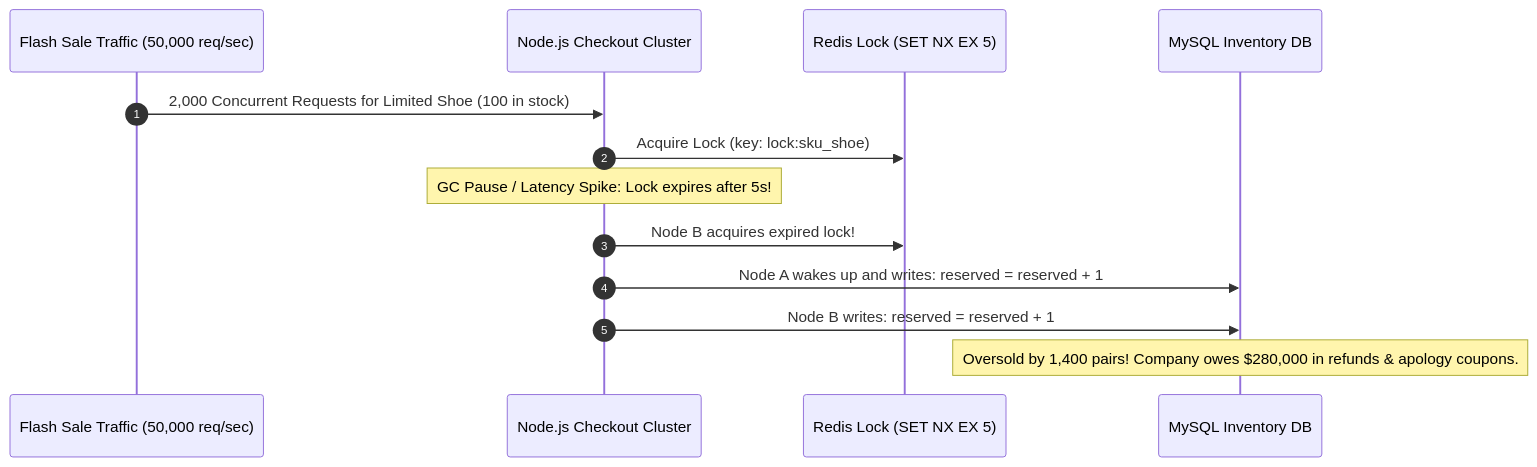
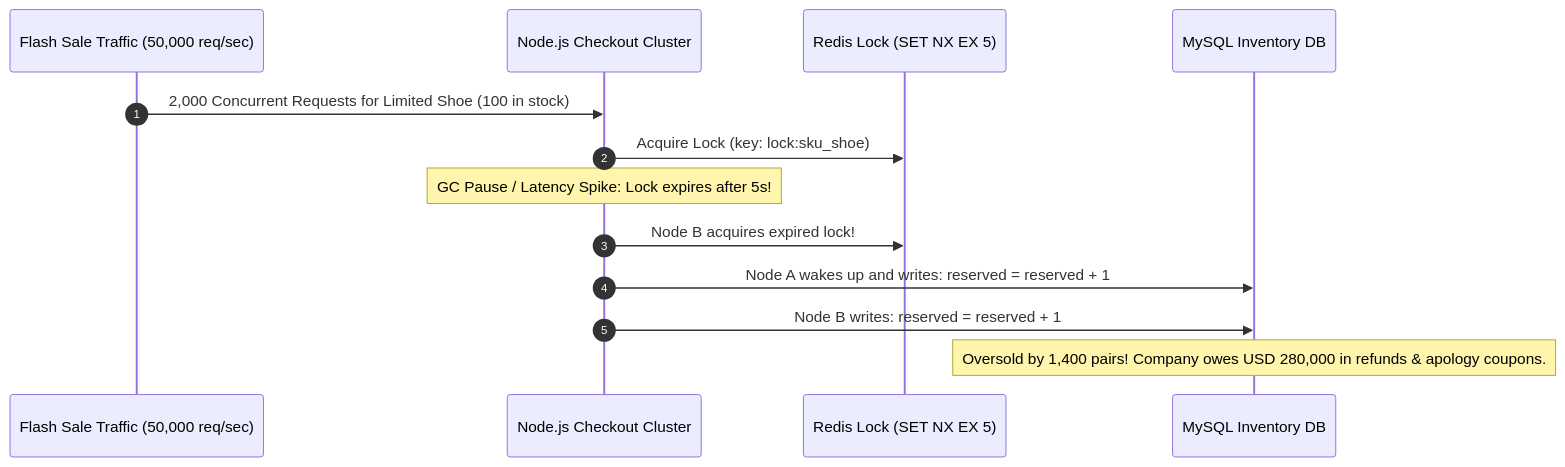
Before and after one commit to TapanKumarBarik/Backend-roadmap: the fourth of 4 diagrams in content/backend/10-distributed-systems-patterns/09-capstone-project/README.md, drawn with Mermaid. The commit also changed other lines of this file and 3 other files, not shown here.

````diff
--- a/content/backend/10-distributed-systems-patterns/09-capstone-project/README.md
+++ b/content/backend/10-distributed-systems-patterns/09-capstone-project/README.md
@@ -113,16 +123,16 @@
 ```mermaid
 sequenceDiagram
     autonumber
     participant FlashSale as Flash Sale Traffic (50,000 req/sec)
     participant AppServer as Node.js Checkout Cluster
     participant RedisLock as Redis Lock (SET NX EX 5)
     participant MySQL as MySQL Inventory DB
 
     FlashSale->>AppServer: 2,000 Concurrent Requests for Limited Shoe (100 in stock)
     AppServer->>RedisLock: Acquire Lock (key: lock:sku_shoe)
     Note over AppServer: GC Pause / Latency Spike: Lock expires after 5s!
     AppServer->>RedisLock: Node B acquires expired lock!
     AppServer->>MySQL: Node A wakes up and writes: reserved = reserved + 1
     AppServer->>MySQL: Node B writes: reserved = reserved + 1
-    Note over MySQL: Oversold by 1,400 pairs! Company owes $280,000 in refunds & apology coupons.
+    Note over MySQL: Oversold by 1,400 pairs! Company owes USD 280,000 in refunds & apology coupons.
 ```
````
